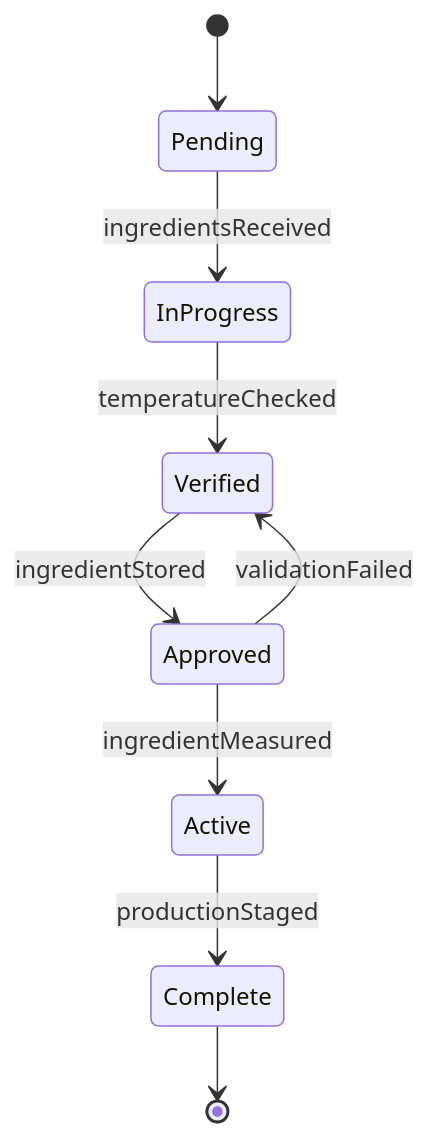
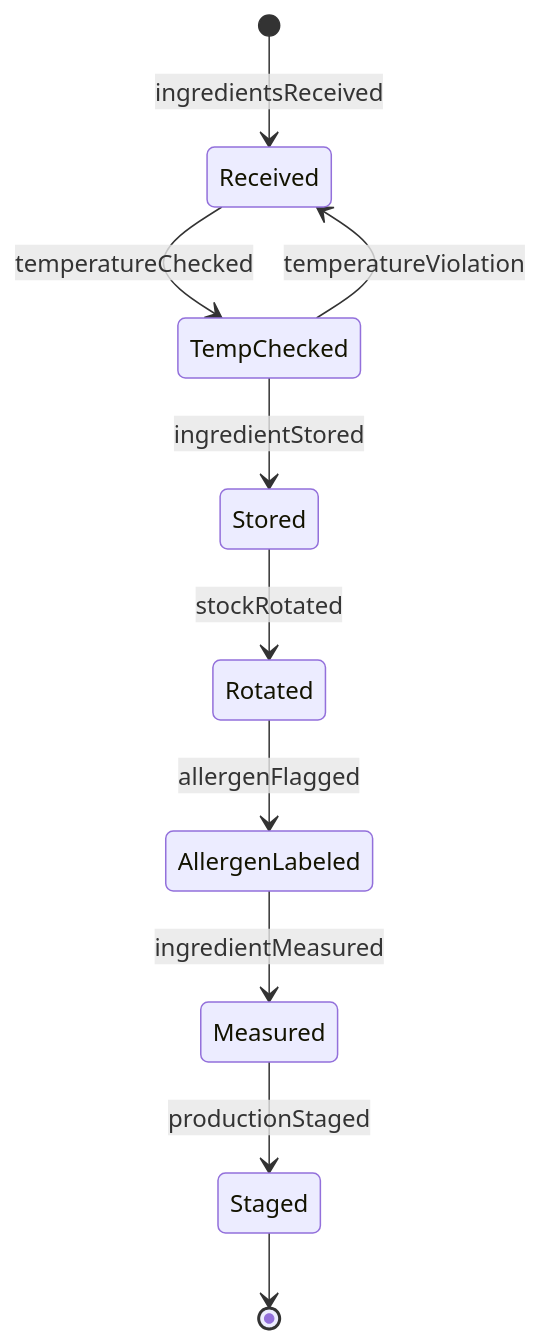
One commit to dot-org-ai/tasks.org.ai changed the second of 4 diagrams in HandlingAndMovingObjects/HandleFoodOrFoodPreparationMaterials/HandleFoodPreparationIngredients.mdx. Above: the diagram before and after it, drawn with Mermaid. The commit also changed other lines of this file and 515 other files, not shown here.

````diff
--- a/HandlingAndMovingObjects/HandleFoodOrFoodPreparationMaterials/HandleFoodPreparationIngredients.mdx
+++ b/HandlingAndMovingObjects/HandleFoodOrFoodPreparationMaterials/HandleFoodPreparationIngredients.mdx
@@ -100,11 +100,12 @@
 ```mermaid
 stateDiagram-v2
-    [*] --> Pending
-    Pending --> InProgress : ingredientsReceived
-    InProgress --> Verified : temperatureChecked
-    Verified --> Approved : ingredientStored
-    Approved --> Active : ingredientMeasured
-    Active --> Complete : productionStaged
-    Approved --> Verified : validationFailed
-    Complete --> [*]
+    [*] --> Received : ingredientsReceived
+    Received --> TempChecked : temperatureChecked
+    TempChecked --> Stored : ingredientStored
+    Stored --> Rotated : stockRotated
+    Rotated --> AllergenLabeled : allergenFlagged
+    AllergenLabeled --> Measured : ingredientMeasured
+    Measured --> Staged : productionStaged
+    TempChecked --> Received : temperatureViolation
+    Staged --> [*]
 ```
````
